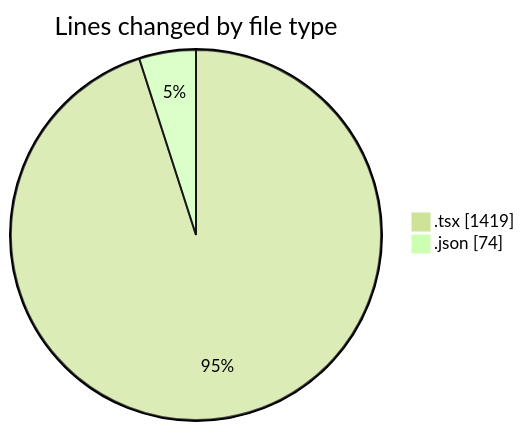
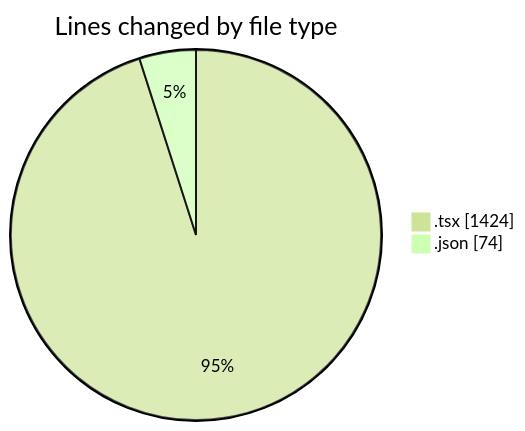
Before and after one commit to momahboobian/code-tracking: the first of 2 diagrams in 2025-04-08/cda/README.md, drawn with Mermaid (forest theme). The commit also changed other lines of this file and 1 other file, not shown here.

````diff
--- a/2025-04-08/cda/README.md
+++ b/2025-04-08/cda/README.md
@@ -22,6 +22,6 @@
 ```mermaid
 pie showData
 title Lines changed by file type
-".tsx" : 1419
+".tsx" : 1424
 ".json" : 74
 ```
````
